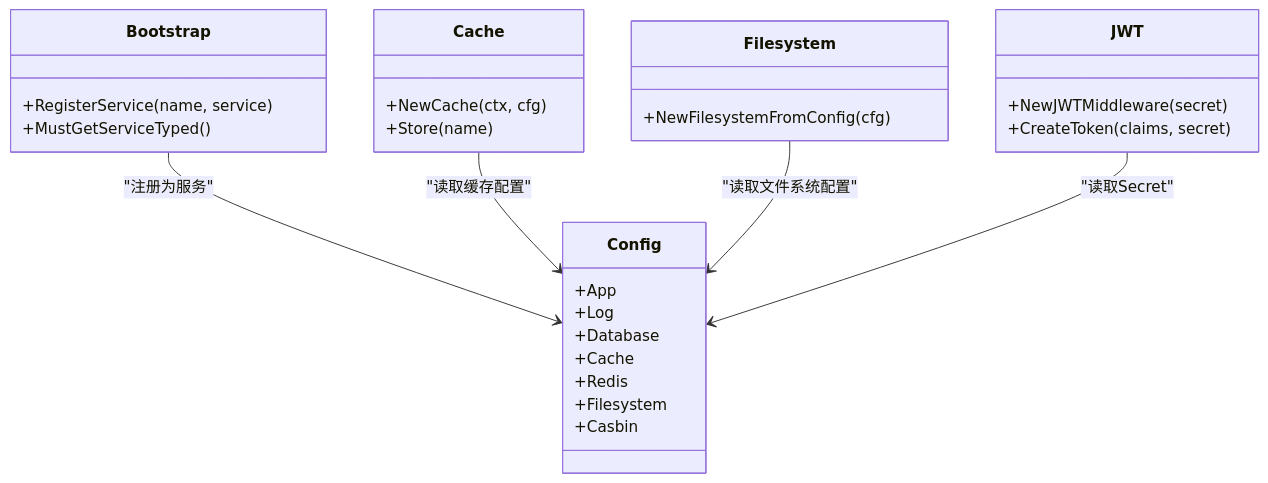
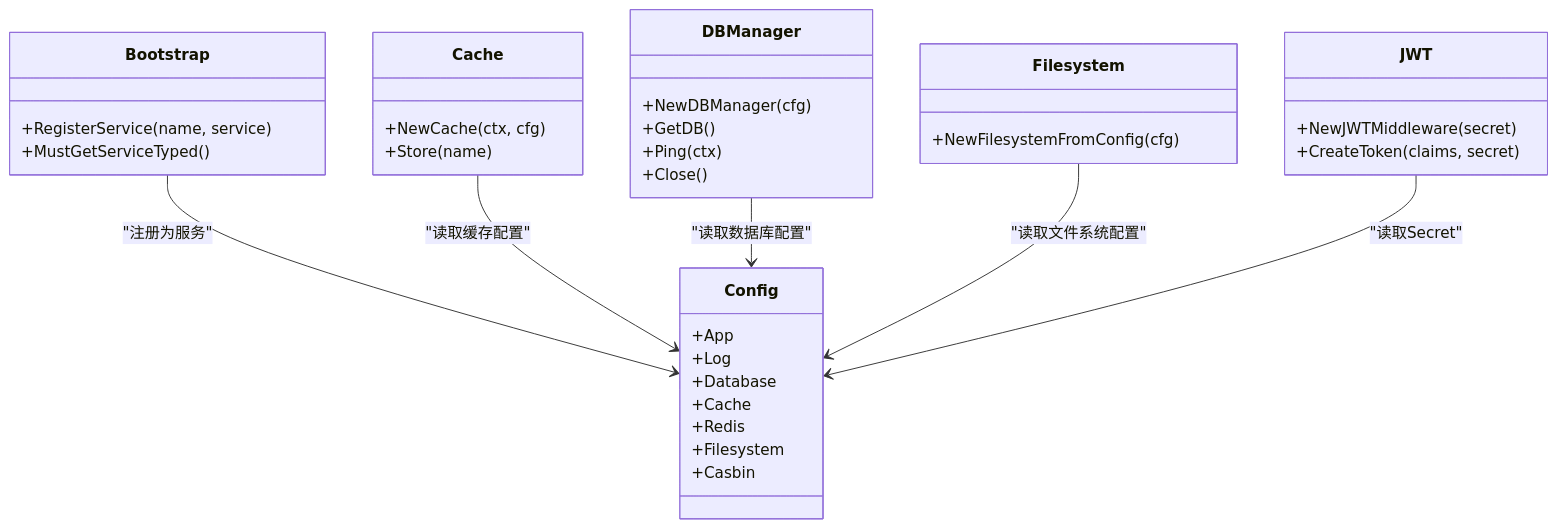
Before and after one commit to wuwuseo/cmf: the fifth of 6 diagrams in .qoder/repowiki/zh/content/配置管理.md, drawn with Mermaid. The commit also changed other lines of this file and 5 other files, not shown here.

````diff
--- a/.qoder/repowiki/zh/content/配置管理.md
+++ b/.qoder/repowiki/zh/content/配置管理.md
@@ -279,31 +349,38 @@
 ```mermaid
 classDiagram
 class Config {
 +App
 +Log
 +Database
 +Cache
 +Redis
 +Filesystem
 +Casbin
 }
 class Bootstrap {
 +RegisterService(name, service)
 +MustGetServiceTyped()
 }
 class Cache {
 +NewCache(ctx, cfg)
 +Store(name)
 }
+class DBManager {
++NewDBManager(cfg)
++GetDB()
++Ping(ctx)
++Close()
+}
 class Filesystem {
 +NewFilesystemFromConfig(cfg)
 }
 class JWT {
 +NewJWTMiddleware(secret)
 +CreateToken(claims, secret)
 }
 Bootstrap --> Config : "注册为服务"
 Cache --> Config : "读取缓存配置"
+DBManager --> Config : "读取数据库配置"
 Filesystem --> Config : "读取文件系统配置"
 JWT --> Config : "读取Secret"
 ```
````
